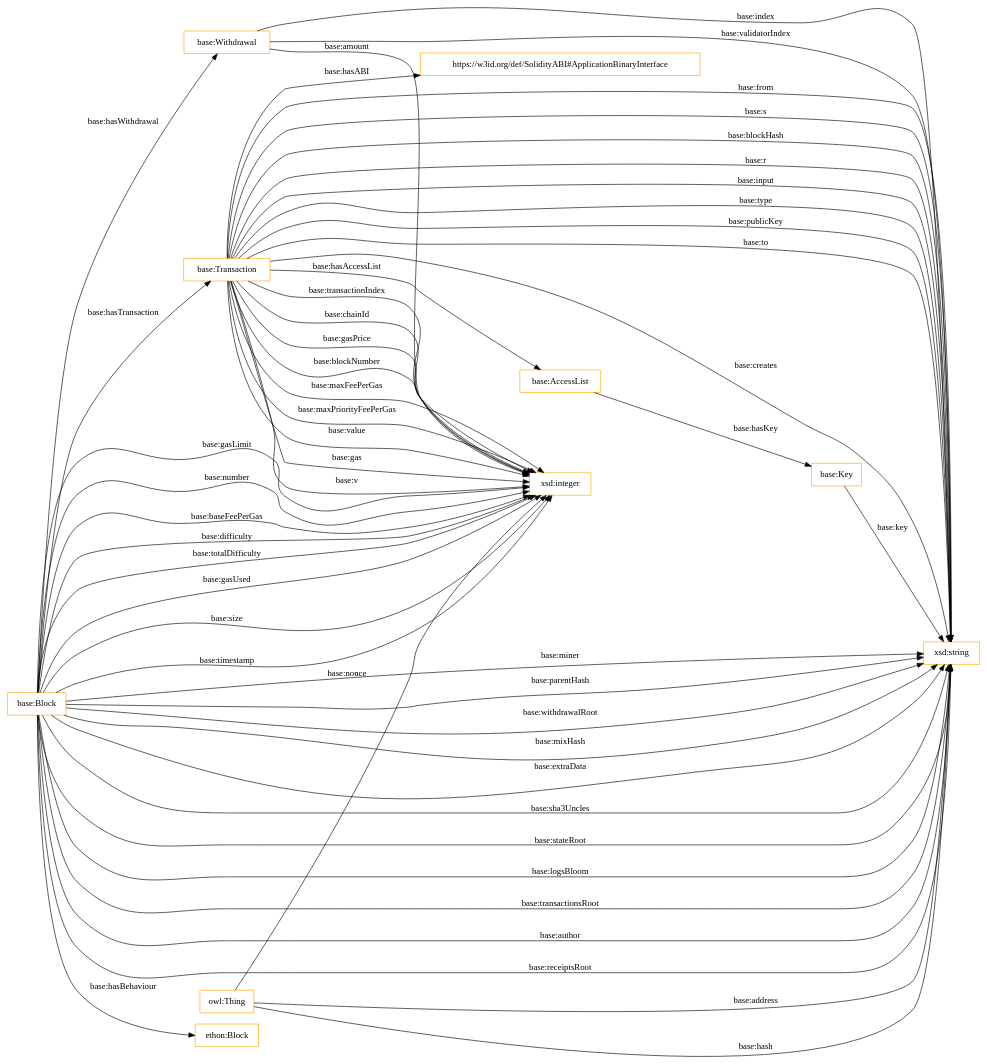
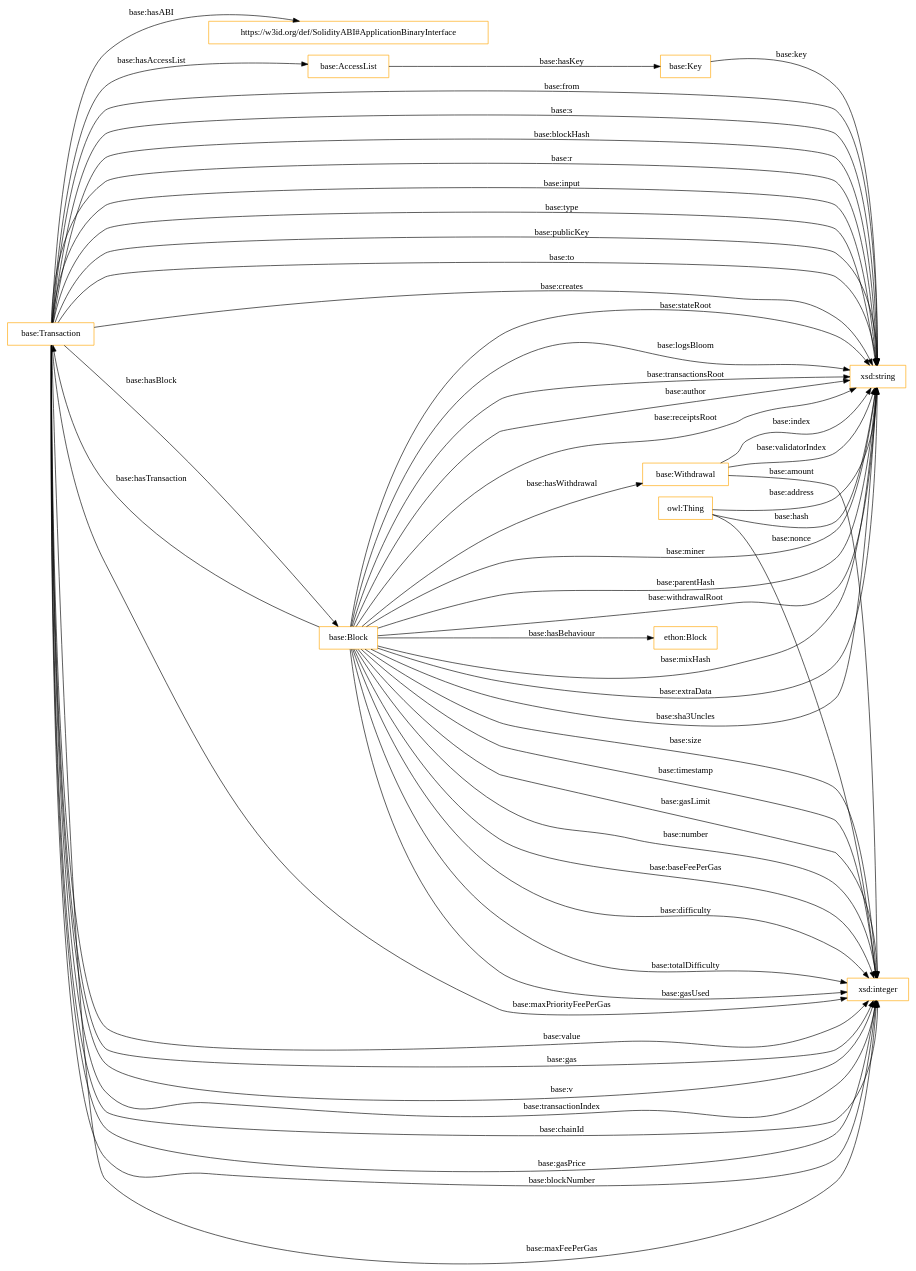
The diagram in OnToology/EthereumOntology.ttl/diagrams/ar2dtool-class/EthereumOntology.ttl.png.dot (oeg-upm/Ethereum-ontology), drawn with Graphviz before and after one commit. The commit also changed 9 other files, not shown here.

```diff
--- a/OnToology/EthereumOntology.ttl/diagrams/ar2dtool-class/EthereumOntology.ttl.png.dot
+++ b/OnToology/EthereumOntology.ttl/diagrams/ar2dtool-class/EthereumOntology.ttl.png.dot
@@ -1,56 +1,57 @@
 digraph ar2dtool_diagram { 
 rankdir=LR;
 size="1501"
 node [shape = rectangle, color="orange"]; "https://w3id.org/def/SolidityABI#ApplicationBinaryInterface" "base:Withdrawal" "base:Transaction" "base:Key" "base:Block" "base:AccessList" "ethon:Block" ; /*classes style*/
 	"owl:Thing" -> "xsd:string" [ label = "base:hash" ];
 	"base:Key" -> "xsd:string" [ label = "base:key" ];
 	"base:Withdrawal" -> "xsd:string" [ label = "base:index" ];
 	"base:Block" -> "xsd:string" [ label = "base:miner" ];
 	"base:Block" -> "xsd:integer" [ label = "base:size" ];
 	"base:Block" -> "xsd:string" [ label = "base:parentHash" ];
 	"base:Block" -> "xsd:string" [ label = "base:withdrawalRoot" ];
 	"base:Block" -> "xsd:integer" [ label = "base:timestamp" ];
 	"base:Transaction" -> "xsd:integer" [ label = "base:value" ];
 	"base:Block" -> "xsd:integer" [ label = "base:gasLimit" ];
 	"base:Block" -> "xsd:string" [ label = "base:mixHash" ];
 	"base:Transaction" -> "xsd:integer" [ label = "base:gas" ];
 	"base:Transaction" -> "xsd:string" [ label = "base:from" ];
 	"base:Block" -> "xsd:integer" [ label = "base:number" ];
 	"base:Transaction" -> "xsd:string" [ label = "base:s" ];
 	"owl:Thing" -> "xsd:string" [ label = "base:address" ];
 	"base:Transaction" -> "xsd:integer" [ label = "base:v" ];
 	"base:Block" -> "xsd:string" [ label = "base:extraData" ];
 	"base:Transaction" -> "xsd:string" [ label = "base:blockHash" ];
 	"owl:Thing" -> "xsd:integer" [ label = "base:nonce" ];
 	"base:Transaction" -> "xsd:string" [ label = "base:r" ];
 	"base:Block" -> "xsd:string" [ label = "base:sha3Uncles" ];
 	"base:Withdrawal" -> "xsd:integer" [ label = "base:amount" ];
 	"base:Block" -> "xsd:string" [ label = "base:stateRoot" ];
 	"base:Block" -> "xsd:string" [ label = "base:logsBloom" ];
 	"base:Block" -> "xsd:integer" [ label = "base:baseFeePerGas" ];
 	"base:Transaction" -> "xsd:string" [ label = "base:input" ];
 	"base:Block" -> "ethon:Block" [ label = "base:hasBehaviour" ];
 	"base:Block" -> "xsd:string" [ label = "base:transactionsRoot" ];
 	"base:Transaction" -> "xsd:integer" [ label = "base:transactionIndex" ];
 	"base:Transaction" -> "xsd:integer" [ label = "base:chainId" ];
 	"base:Transaction" -> "xsd:string" [ label = "base:type" ];
 	"base:Block" -> "xsd:integer" [ label = "base:difficulty" ];
 	"base:Transaction" -> "xsd:integer" [ label = "base:gasPrice" ];
 	"base:Block" -> "xsd:string" [ label = "base:author" ];
 	"base:Transaction" -> "xsd:string" [ label = "base:publicKey" ];
 	"base:Transaction" -> "xsd:string" [ label = "base:to" ];
+	"base:Transaction" -> "base:Block" [ label = "base:hasBlock" ];
 	"base:Transaction" -> "xsd:integer" [ label = "base:blockNumber" ];
 	"base:Transaction" -> "https://w3id.org/def/SolidityABI#ApplicationBinaryInterface" [ label = "base:hasABI" ];
 	"base:Block" -> "xsd:string" [ label = "base:receiptsRoot" ];
 	"base:Block" -> "xsd:integer" [ label = "base:totalDifficulty" ];
 	"base:Transaction" -> "xsd:string" [ label = "base:creates" ];
 	"base:Transaction" -> "xsd:integer" [ label = "base:maxFeePerGas" ];
 	"base:AccessList" -> "base:Key" [ label = "base:hasKey" ];
 	"base:Transaction" -> "base:AccessList" [ label = "base:hasAccessList" ];
 	"base:Block" -> "base:Withdrawal" [ label = "base:hasWithdrawal" ];
 	"base:Transaction" -> "xsd:integer" [ label = "base:maxPriorityFeePerGas" ];
 	"base:Withdrawal" -> "xsd:string" [ label = "base:validatorIndex" ];
 	"base:Block" -> "base:Transaction" [ label = "base:hasTransaction" ];
 	"base:Block" -> "xsd:integer" [ label = "base:gasUsed" ];
 
 }
```
